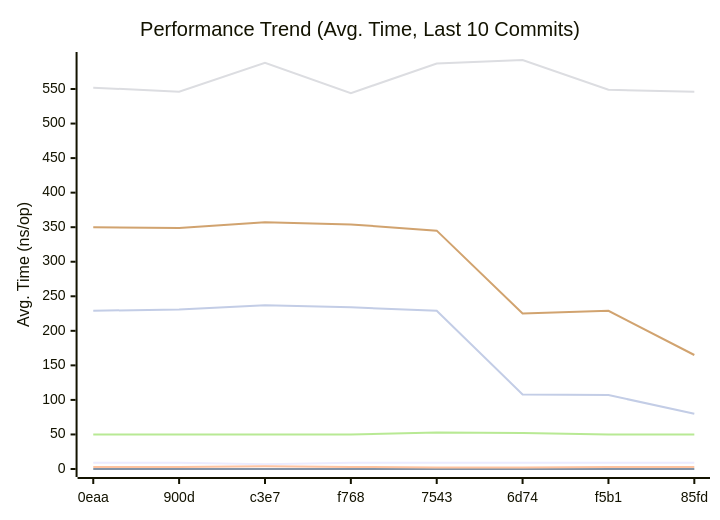
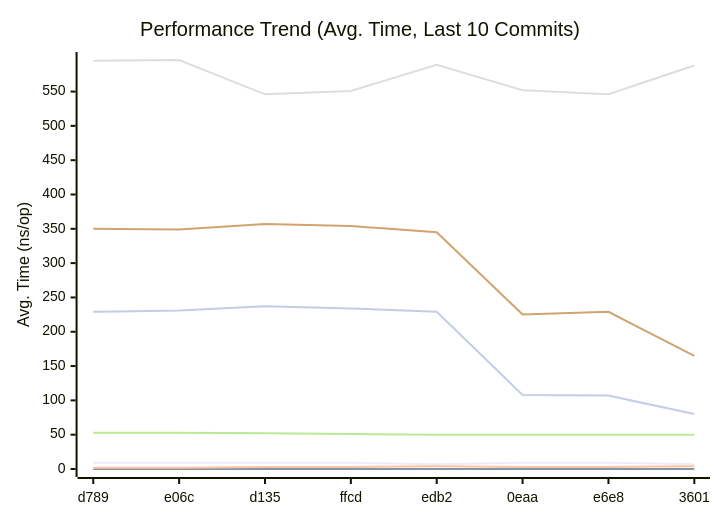
One commit to alsotoes/momo changed the first of 3 diagrams in docs/README.md. Above: the diagram before and after it, drawn with Mermaid. The commit also changed other lines of this file and 9 other files, not shown here.

````diff
--- a/docs/README.md
+++ b/docs/README.md
@@ -303,14 +303,14 @@
 ```mermaid
 xychart-beta
     title "Performance Trend (Avg. Time, Last 10 Commits)"
     x-axis "Commit"
     y-axis "Avg. Time (ns/op)"
-    x-axis [0eaa,900d,c3e7,f768,7543,6d74,f5b1,85fd]
-    line "CheckMetricsAndSwap" [9,9,7,9,9,9,9,9,8,9]
+    x-axis [d789,e06c,d135,ffcd,edb2,0eaa,e6e8,3601]
+    line "CheckMetricsAndSwap" [9,9,9,9,7,9,9,7,9,9]
     line "IndexDirectTracking" [0,0,0,0,0,0,0,0,0,0]
-    line "IndexSearch" [3,3,4,3,2,2,3,3,4,2]
-    line "LoadGlobalConfig" [552,546,588,544,587,592,549,546,596,542]
-    line "PadString" [50,50,50,50,53,52,50,50,49,49]
+    line "IndexSearch" [2,2,3,3,4,3,3,4,3,4]
+    line "LoadGlobalConfig" [595,596,546,551,589,552,546,588,596,608]
+    line "PadString" [53,53,52,51,50,50,50,50,53,53]
     line "ParseReplicationOrder_NoPrealloc" [350,349,357,354,345,225,229,165,232,234]
     line "ParseReplicationOrder_Prealloc" [229,231,237,234,229,108,107,80,110,109]
 ```
````
